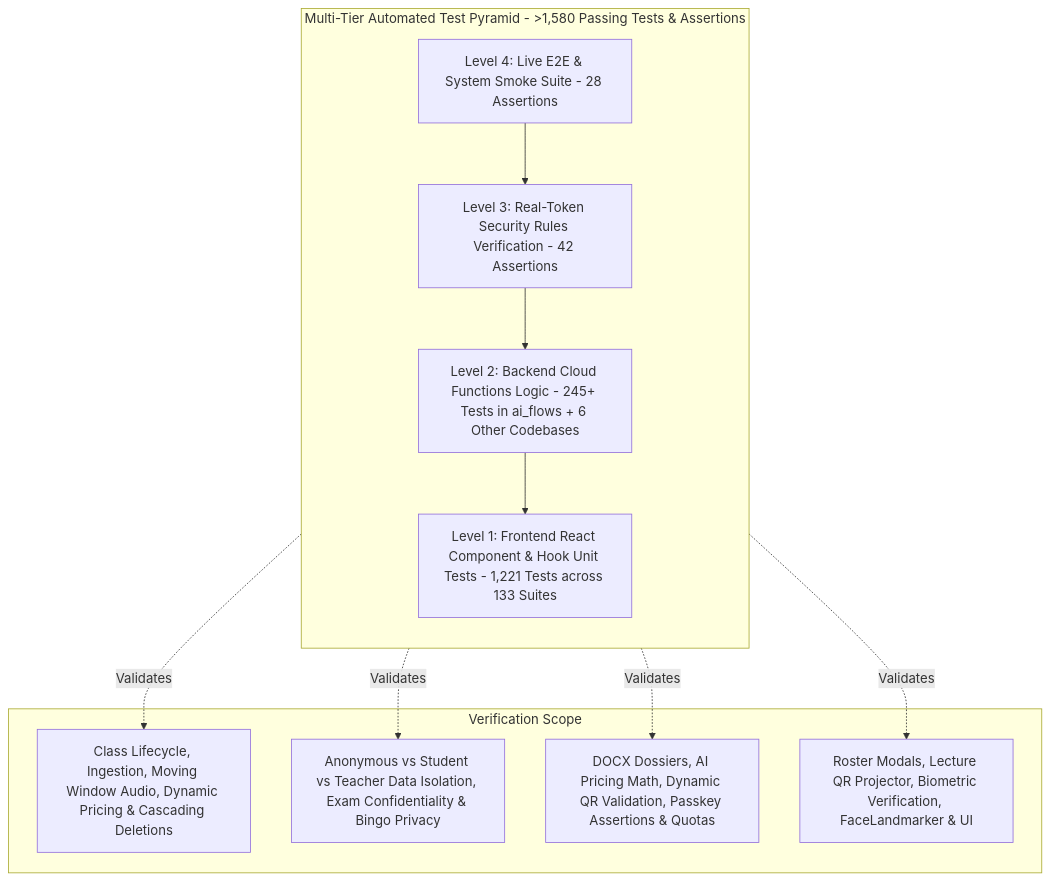
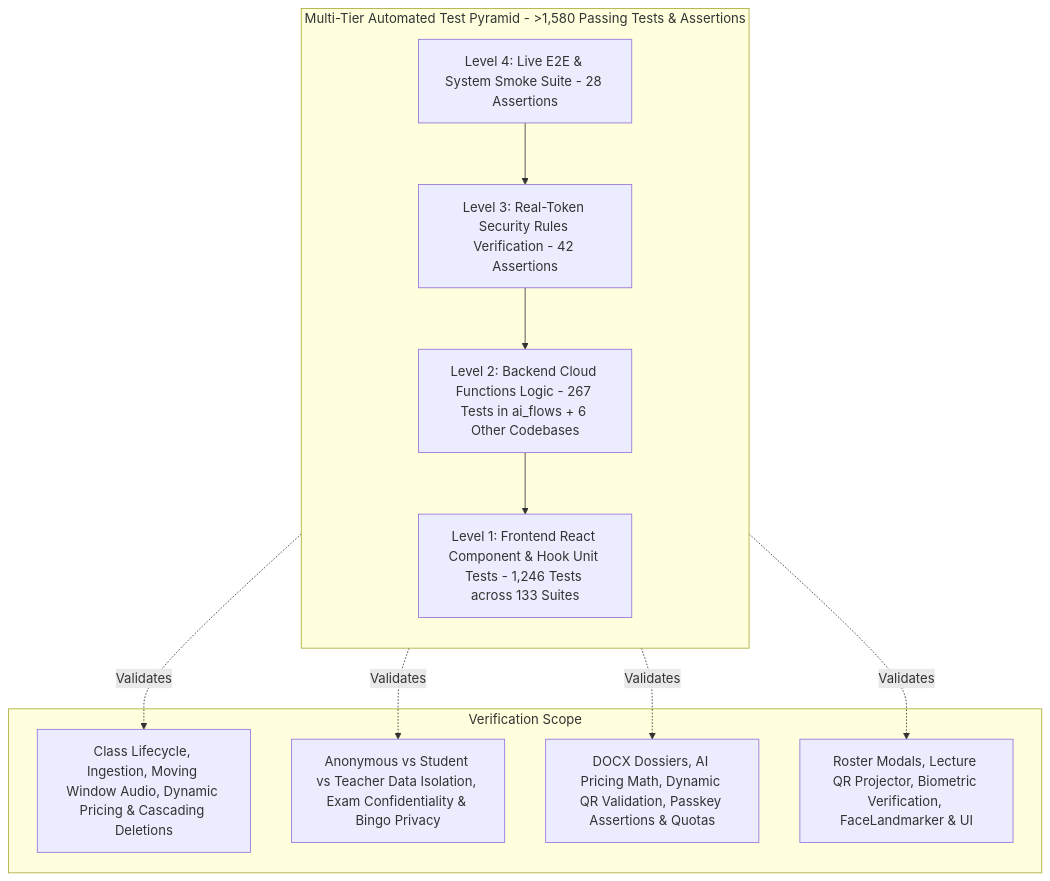
The diagram in docs/testing-strategy-and-coverage.md (wongcyrus/Google-AI-Classroom), drawn with Mermaid before and after one commit. The commit also changed other lines of this file and 9 other files, not shown here.

Commit message:
docs: comprehensive update across user manuals, catalogs, schemas, and architecture for passkeys, emergency bypass, and roster pre-granting

````diff
--- a/docs/testing-strategy-and-coverage.md
+++ b/docs/testing-strategy-and-coverage.md
@@ -31,19 +31,19 @@
 ```mermaid
 flowchart TD
     subgraph Pyramid [Multi-Tier Automated Test Pyramid - >1,580 Passing Tests & Assertions]
         direction TB
         L4[Level 4: Live E2E & System Smoke Suite - 28 Assertions]
         L3[Level 3: Real-Token Security Rules Verification - 42 Assertions]
-        L2[Level 2: Backend Cloud Functions Logic - 245+ Tests in ai_flows + 6 Other Codebases]
-        L1[Level 1: Frontend React Component & Hook Unit Tests - 1,221 Tests across 133 Suites]
+        L2[Level 2: Backend Cloud Functions Logic - 267 Tests in ai_flows + 6 Other Codebases]
+        L1[Level 1: Frontend React Component & Hook Unit Tests - 1,246 Tests across 133 Suites]
         
         L4 --> L3 --> L2 --> L1
     end
 
     subgraph Details [Verification Scope]
         L4 -.->|Validates| D4[Class Lifecycle, Ingestion, Moving Window Audio, Dynamic Pricing & Cascading Deletions]
         L3 -.->|Validates| D3[Anonymous vs Student vs Teacher Data Isolation, Exam Confidentiality & Bingo Privacy]
         L2 -.->|Validates| D2[DOCX Dossiers, AI Pricing Math, Dynamic QR Validation, Passkey Assertions & Quotas]
         L1 -.->|Validates| D1[Roster Modals, Lecture QR Projector, Biometric Verification, FaceLandmarker & UI]
     end
 ```
````
